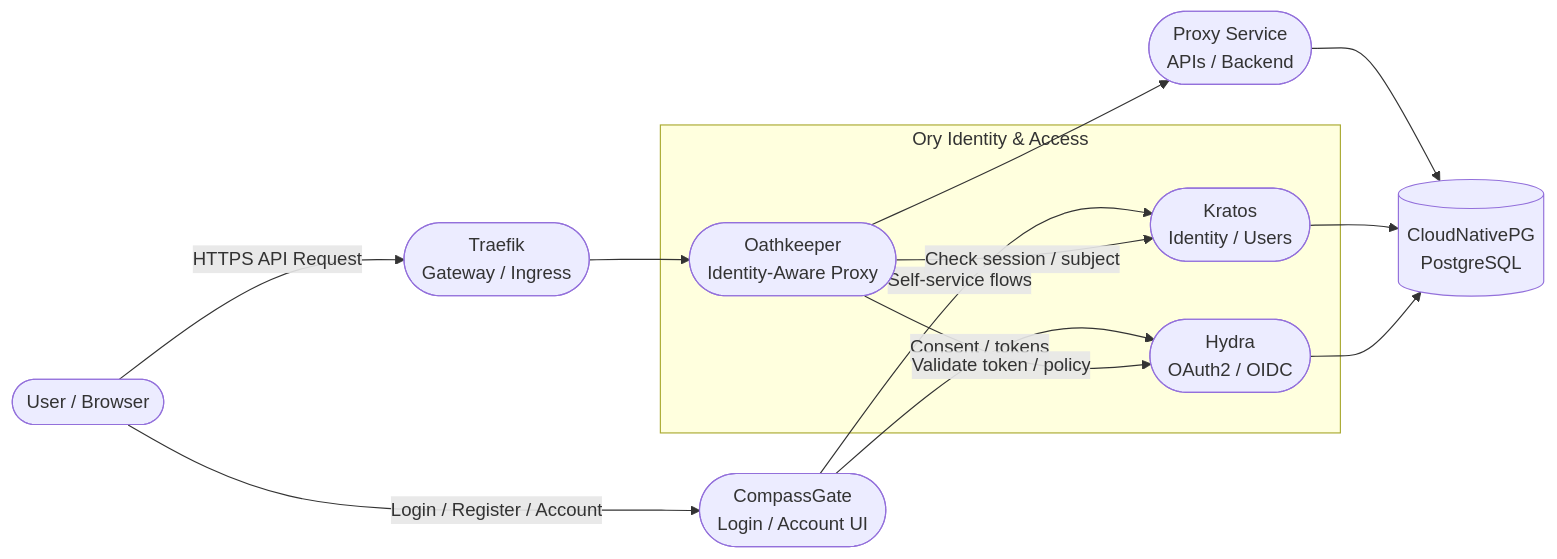
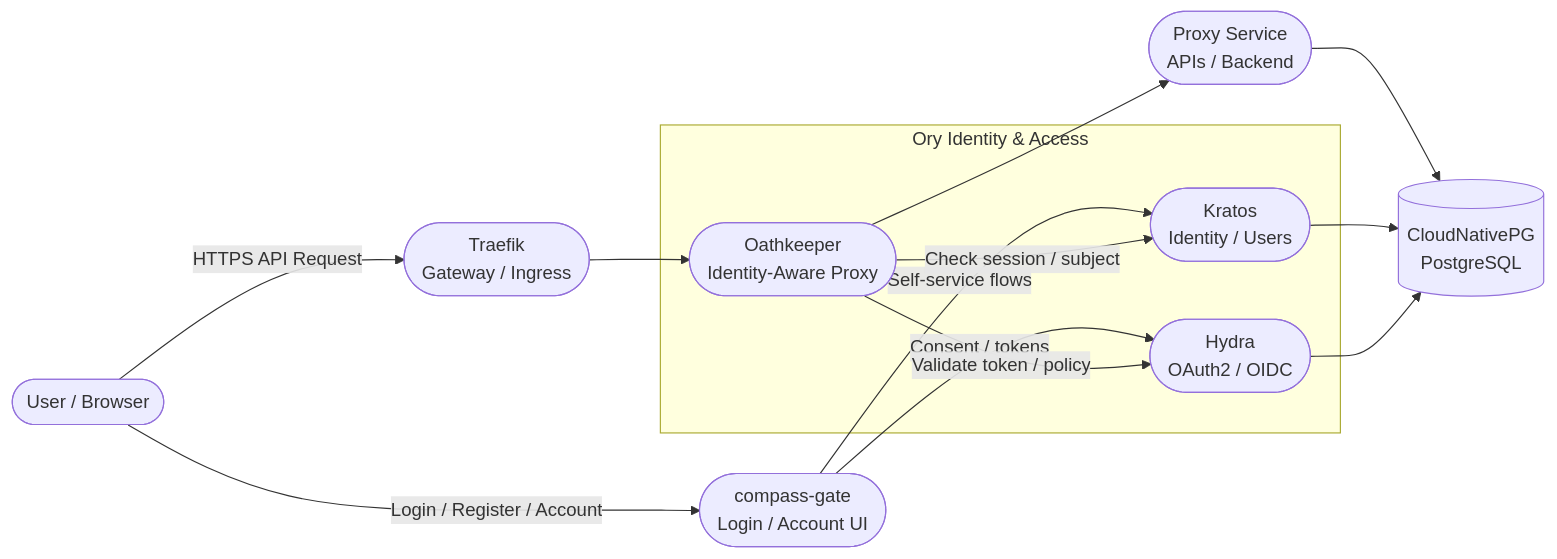
One commit to rescommunes/compass-ops changed the diagram in readme.md. Above: the diagram before and after it, drawn with Mermaid. The commit also changed other lines of this file, not shown here.

````diff
--- a/readme.md
+++ b/readme.md
@@ -16,32 +16,32 @@
 ```mermaid
 flowchart LR
     User([User / Browser])
-    CompassGate([CompassGate<br/>Login / Account UI])
+    compass-gate([compass-gate<br/>Login / Account UI])
 
     subgraph Ory[Ory Identity & Access]
       Kratos([Kratos<br/>Identity / Users])
       Hydra([Hydra<br/>OAuth2 / OIDC])
       Oathkeeper([Oathkeeper<br/>Identity-Aware Proxy])
     end
 
     Traefik([Traefik<br/>Gateway / Ingress])
     App([Proxy Service<br/>APIs / Backend])
     PG[(CloudNativePG<br/>PostgreSQL)]
 
     %% Login / account flows (direct to Ory, not via Oathkeeper)
-    User -->|Login / Register / Account| CompassGate
-    CompassGate -->|Self-service flows| Kratos
-    CompassGate -->|Consent / tokens| Hydra
+    User -->|Login / Register / Account| compass-gate
+    compass-gate -->|Self-service flows| Kratos
+    compass-gate -->|Consent / tokens| Hydra
 
     %% Protected API flow
     User -->|HTTPS API Request| Traefik --> Oathkeeper --> App
 
     %% Oathkeeper consulting Ory
     Oathkeeper -->|Check session / subject| Kratos
     Oathkeeper -->|Validate token / policy| Hydra
 
     %% Persistence
     App --> PG
     Kratos --> PG
     Hydra --> PG
 ```
````
